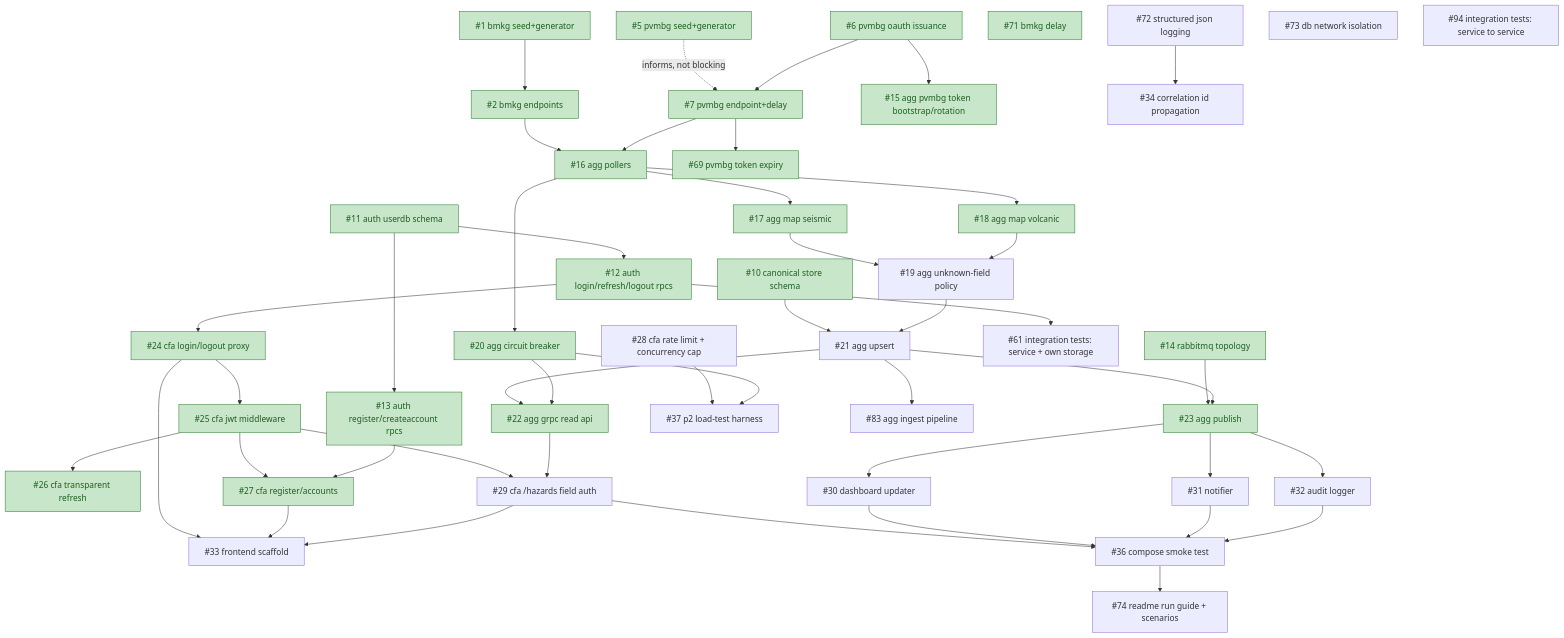
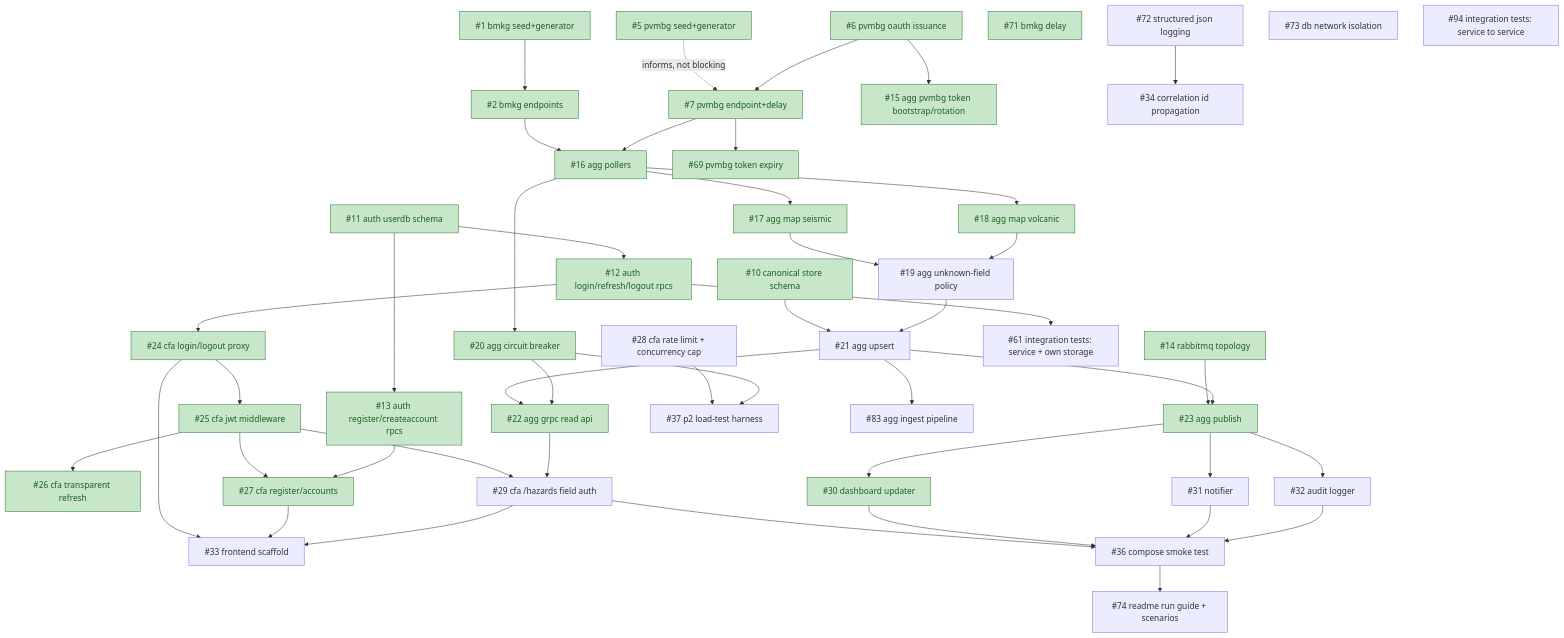
One commit to brii26/distributed-hazard-coordination changed the diagram in doc/BACKLOG_DEPENDENCIES.md. Above: the diagram before and after it, drawn with Mermaid. The commit also changed other lines of this file, not shown here.

Commit message:
docs(backlog): mark #30 done

````diff
--- a/doc/BACKLOG_DEPENDENCIES.md
+++ b/doc/BACKLOG_DEPENDENCIES.md
@@ -27,63 +26,63 @@
 ```mermaid
 graph TD
   1["#1 bmkg seed+generator"] --> 2["#2 bmkg endpoints"]
   5["#5 pvmbg seed+generator"] -.->|informs, not blocking| 7
 
   6["#6 pvmbg oauth issuance"] --> 15["#15 agg pvmbg token bootstrap/rotation"]
   6 --> 7["#7 pvmbg endpoint+delay"]
   7 --> 69["#69 pvmbg token expiry"]
 
   2 --> 16["#16 agg pollers"]
   7 --> 16
   16 --> 17["#17 agg map seismic"]
   16 --> 18["#18 agg map volcanic"]
   16 --> 20["#20 agg circuit breaker"]
   17 --> 19["#19 agg unknown-field policy"]
   18 --> 19
 
   10["#10 canonical store schema"] --> 21["#21 agg upsert"]
   19 --> 21
   21 --> 22["#22 agg grpc read api"]
   20 --> 22
 
   14["#14 rabbitmq topology"] --> 23["#23 agg publish"]
   21 --> 23
   21 --> 83["#83 agg ingest pipeline"]
 
   11["#11 auth userdb schema"] --> 12["#12 auth login/refresh/logout rpcs"]
   11 --> 13["#13 auth register/createaccount rpcs"]
 
   12 --> 24["#24 cfa login/logout proxy"]
   12 --> 61["#61 integration tests: service + own storage"]
   24 --> 25["#25 cfa jwt middleware"]
   25 --> 26["#26 cfa transparent refresh"]
   25 --> 27["#27 cfa register/accounts"]
   13 --> 27
   25 --> 29["#29 cfa /hazards field auth"]
   22 --> 29
 
   23 --> 30["#30 dashboard updater"]
   23 --> 31["#31 notifier"]
   23 --> 32["#32 audit logger"]
 
   24 --> 33["#33 frontend scaffold"]
   27 --> 33
   29 --> 33
 
   29 --> 36["#36 compose smoke test"]
   30 --> 36
   31 --> 36
   32 --> 36
 
   28["#28 cfa rate limit + concurrency cap"] --> 37["#37 p2 load-test harness"]
   20 --> 37
 
   72["#72 structured json logging"] --> 34["#34 correlation id propagation"]
   36 --> 74["#74 readme run guide + scenarios"]
   71["#71 bmkg delay"]
   73["#73 db network isolation"]
   94["#94 integration tests: service to service"]
 
   classDef done fill:#c8e6c9,stroke:#2e7d32,color:#1b5e20
-  class 1,2,5,6,7,10,11,12,13,14,15,16,17,18,20,22,23,24,25,26,27,69,71 done
+  class 1,2,5,6,7,10,11,12,13,14,15,16,17,18,20,22,23,24,25,26,27,30,69,71 done
 ```
````
